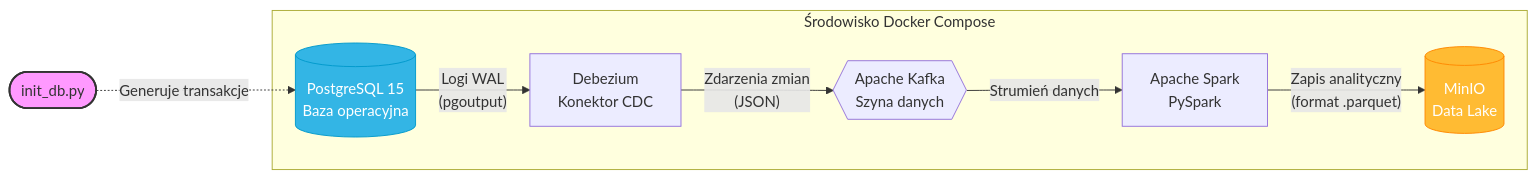
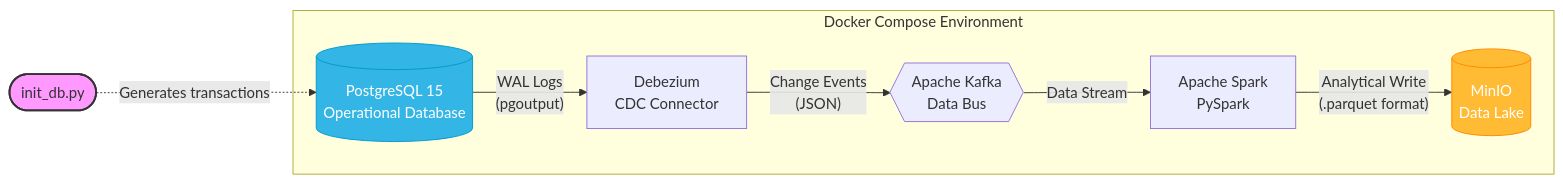
One commit to jaho123i/CDC_Pipline changed the diagram in README.md. Above: the diagram before and after it, drawn with Mermaid. The commit also changed other lines of this file, not shown here.

````diff
--- a/README.md
+++ b/README.md
@@ -20,25 +20,21 @@
 ```mermaid
 graph LR
-    %% Zewnętrzny skrypt generujący ruch
-    INIT([init_db.py]) -. "Generuje transakcje" .-> DB
+    INIT([init_db.py]) -. "Generates transactions" .-> DB
 
-    %% Główna infrastruktura w Dockerze
-    subgraph "Środowisko Docker Compose"
-        DB[(PostgreSQL 15<br/>Baza operacyjna)]
-        CDC[Debezium<br/>Konektor CDC]
-        KAFKA{{Apache Kafka<br/>Szyna danych}}
+    subgraph "Docker Compose Environment"
+        DB[(PostgreSQL 15<br/>Operational Database)]
+        CDC[Debezium<br/>CDC Connector]
+        KAFKA{{Apache Kafka<br/>Data Bus}}
         SPARK[Apache Spark<br/>PySpark]
         MINIO[(MinIO<br/>Data Lake)]
     end
 
-    %% Połączenia między węzłami
-    DB -- "Logi WAL<br/>(pgoutput)" --> CDC
-    CDC -- "Zdarzenia zmian<br/>(JSON)" --> KAFKA
-    KAFKA -- "Strumień danych" --> SPARK
-    SPARK -- "Zapis analityczny<br/>(format .parquet)" --> MINIO
+    DB -- "WAL Logs<br/>(pgoutput)" --> CDC
+    CDC -- "Change Events<br/>(JSON)" --> KAFKA
+    KAFKA -- "Data Stream" --> SPARK
+    SPARK -- "Analytical Write<br/>(.parquet format)" --> MINIO
 
-    %% Subtelne stylowanie (opcjonalne)
     style INIT fill:#f9f,stroke:#333,stroke-width:2px
     style DB fill:#33b5e5,stroke:#0099cc,color:#fff
     style MINIO fill:#ffbb33,stroke:#ff8800,color:#fff
 ```
````
